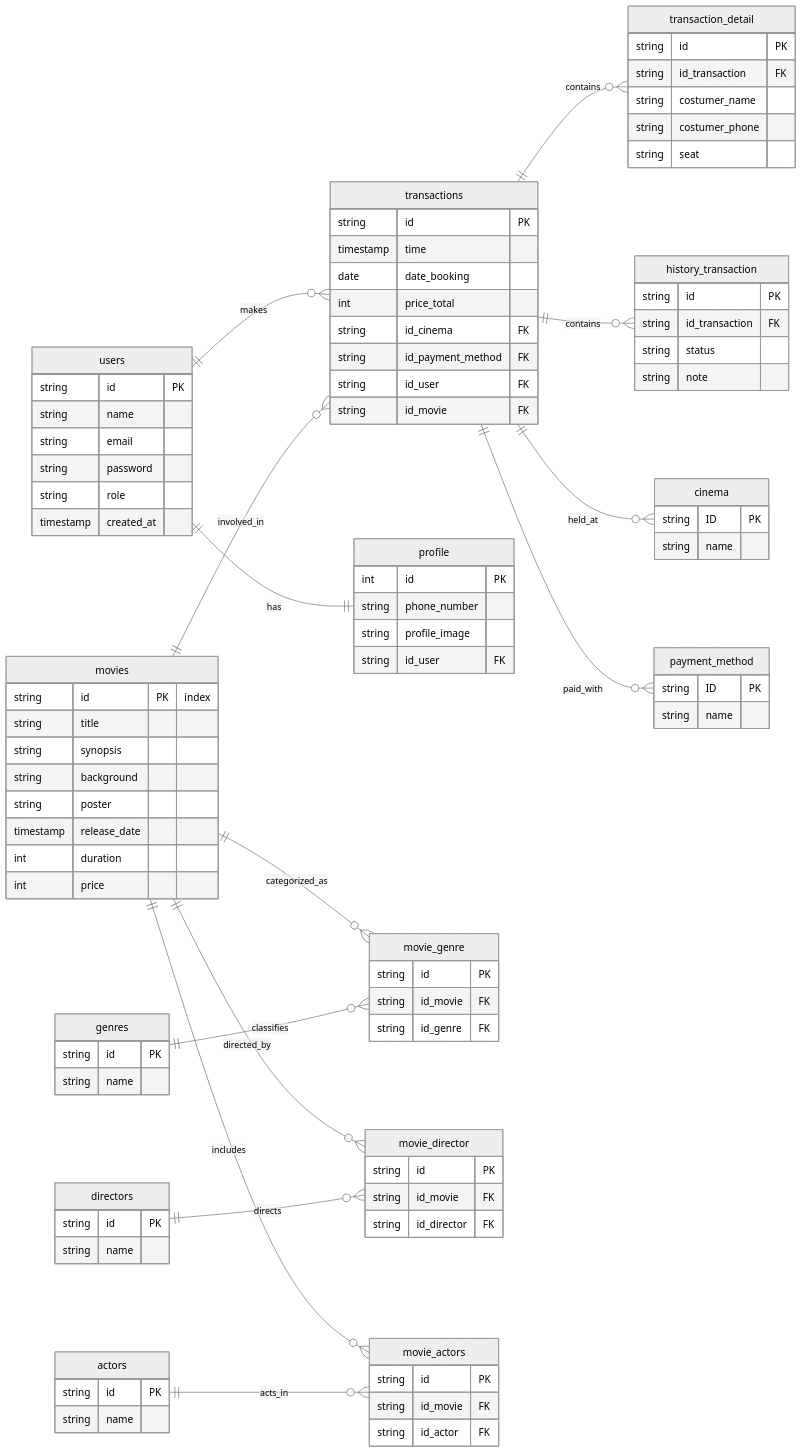
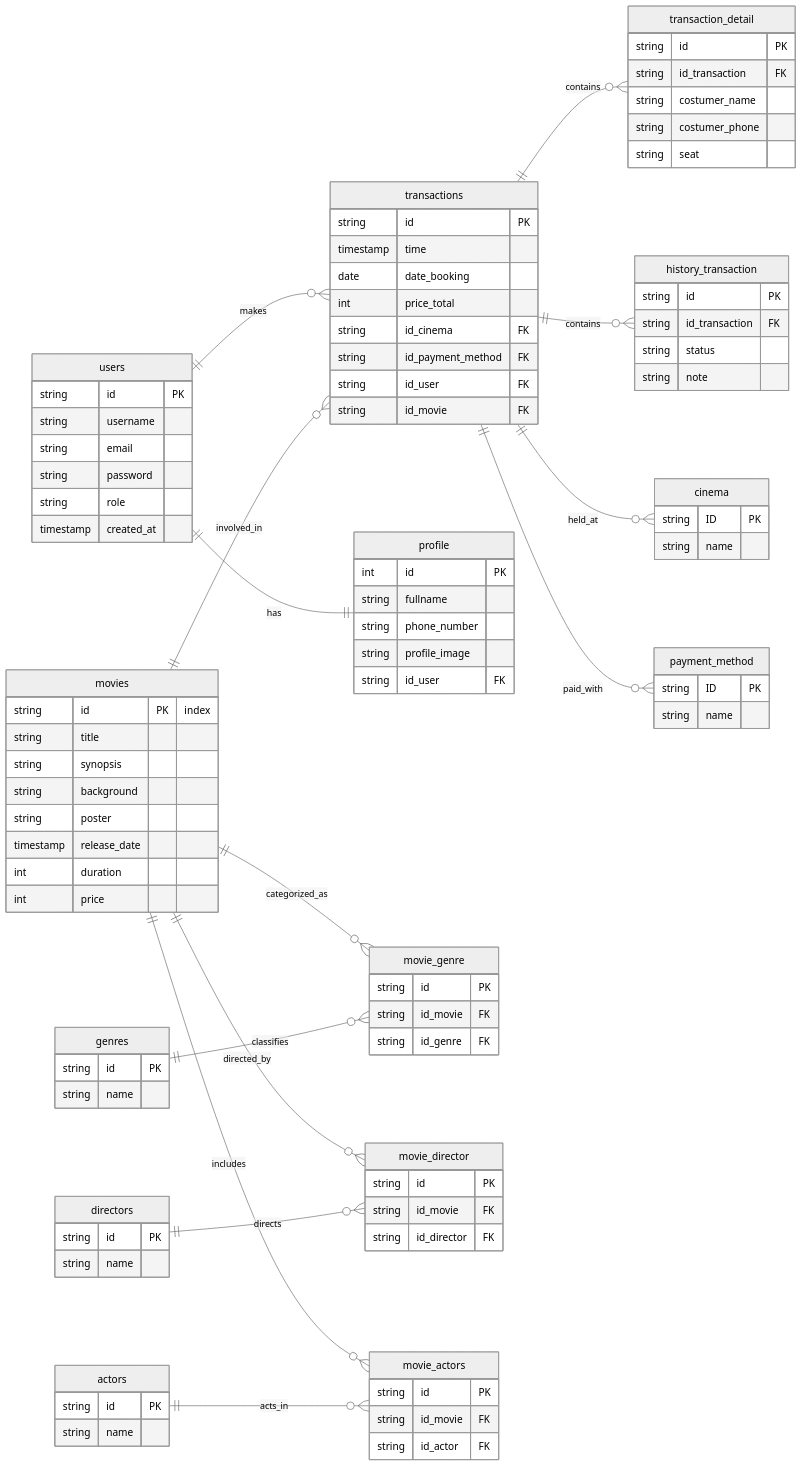
One commit to HN721/fgo24-be-tickitz changed the diagram in readme.md. Above: the diagram before and after it, drawn with Mermaid (neutral theme). The commit also changed 16 other files, not shown here.

```diff
--- a/readme.md
+++ b/readme.md
@@ -50,7 +50,7 @@
     actors ||--o{ movie_actors : acts_in
     users {
         string id PK
-        string name
+        string username
         string email
         string password
         string role
@@ -58,6 +58,7 @@
     }
     profile{
         int id PK
+        string fullname
          string phone_number
         string profile_image
         string id_user FK
```
